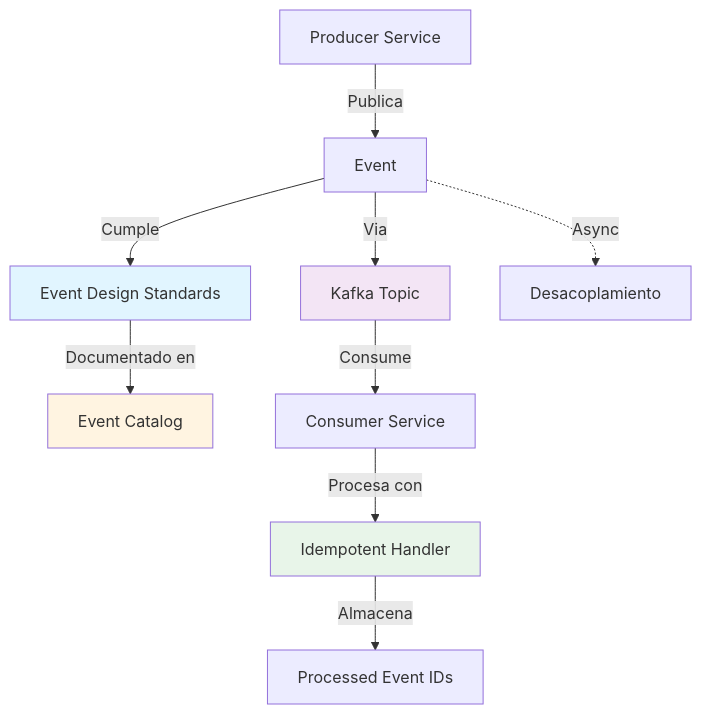
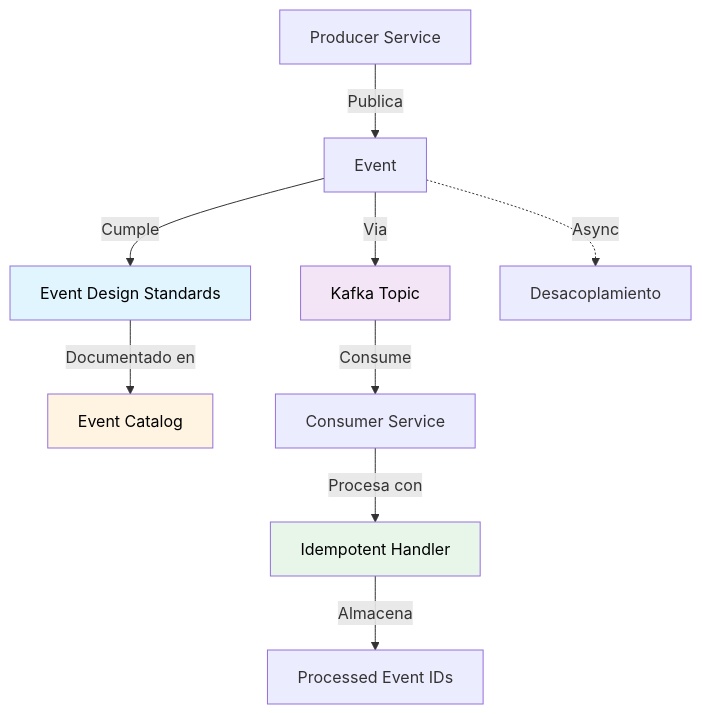
Before and after one commit to jclemente-tlm/tlm-doc-architecture: the first of 3 diagrams in docs/fundamentos-corporativos/estandares/mensajeria/event-driven-architecture.md, drawn with Mermaid. The commit also changed 21 other files, not shown here.

````diff
--- a/docs/fundamentos-corporativos/estandares/mensajeria/event-driven-architecture.md
+++ b/docs/fundamentos-corporativos/estandares/mensajeria/event-driven-architecture.md
@@ -50,19 +50,19 @@
 ```mermaid
 graph TB
     A[Producer Service] -->|Publica| B[Event]
     B -->|Cumple| C[Event Design Standards]
     C -->|Documentado en| D[Event Catalog]
 
     B -->|Via| E[Kafka Topic]
     E -->|Consume| F[Consumer Service]
 
     F -->|Procesa con| G[Idempotent Handler]
     G -->|Almacena| H[Processed Event IDs]
 
     B -.->|Async| I[Desacoplamiento]
 
-    style C fill:#e1f5ff
-    style D fill:#fff4e1
-    style G fill:#e8f5e9
-    style E fill:#f3e5f5
+    style C fill:#e1f5ff,color:#000000
+    style D fill:#fff4e1,color:#000000
+    style G fill:#e8f5e9,color:#000000
+    style E fill:#f3e5f5,color:#000000
 ```
````
